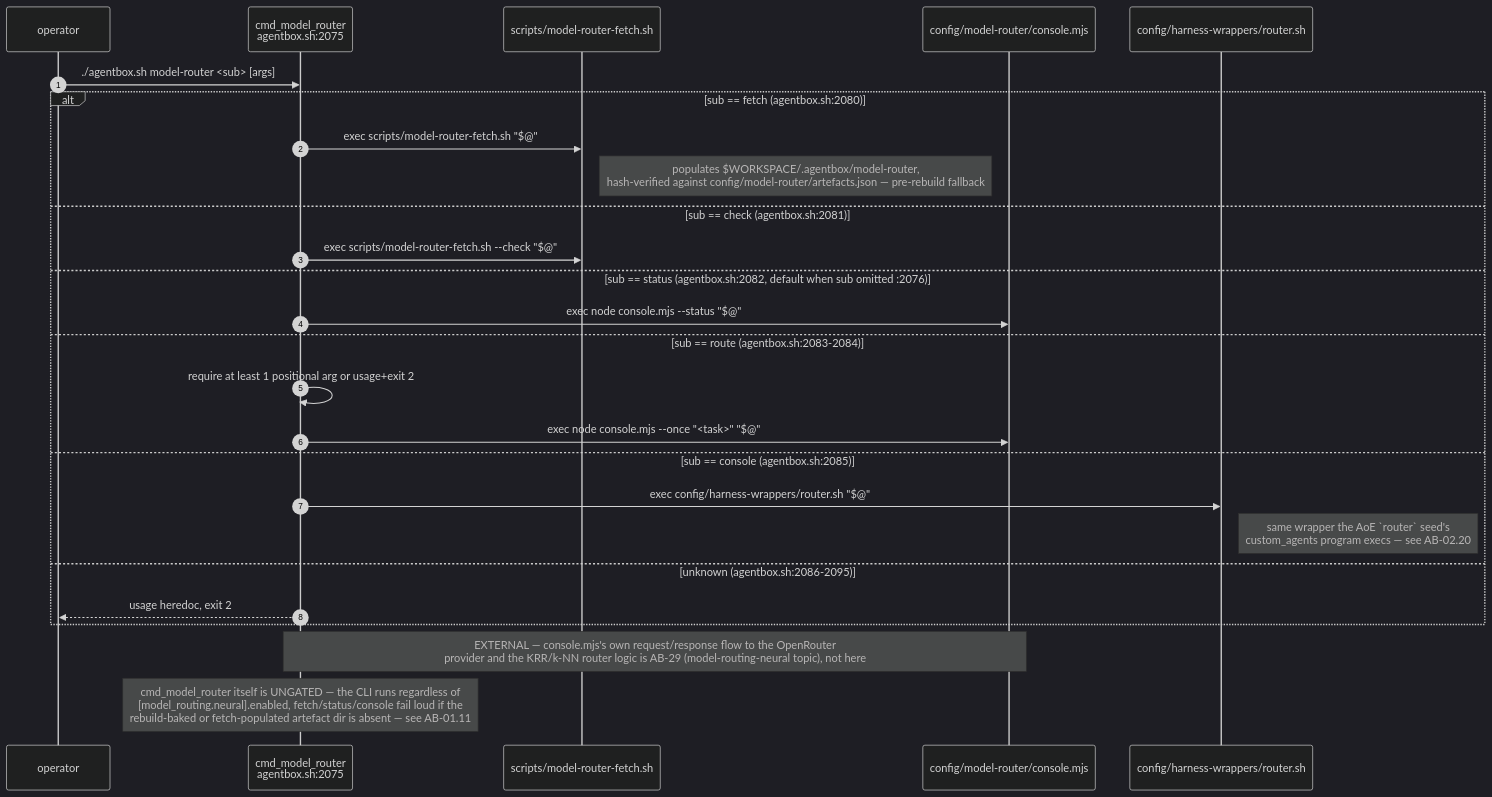
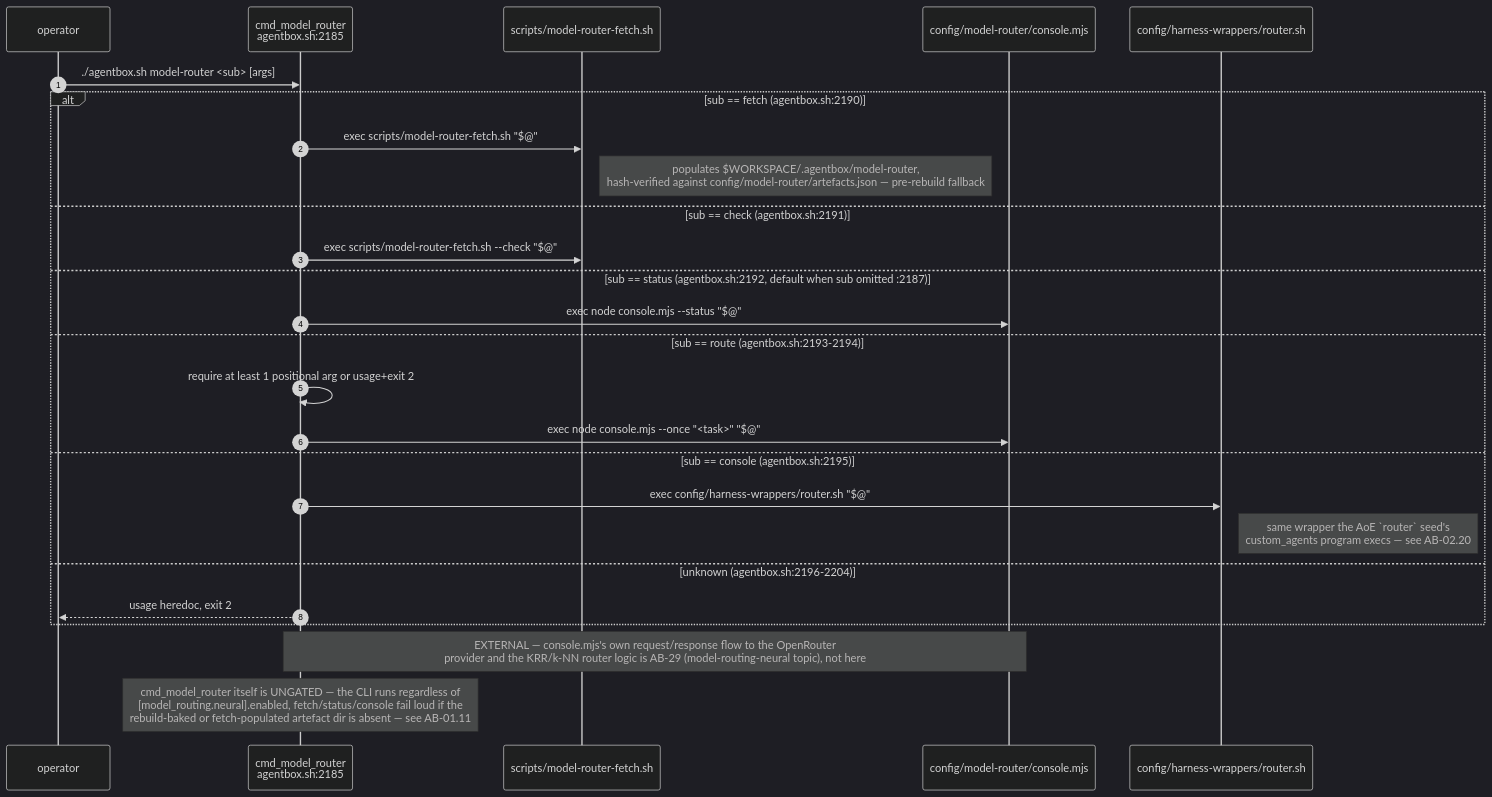
Before and after one commit to DreamLab-AI/VisionFlow: diagram 11 of 14 in docs/diagrams/agentbox/05-manifest-gates-and-cli.md, drawn with Mermaid (dark theme). The commit also changed other lines of this file and 136 other files, not shown here.

First line of the commit message:
docs(diagrams): refresh the whole corpus to code HEAD and prune low-value diagrams

````diff
--- a/docs/diagrams/agentbox/05-manifest-gates-and-cli.md
+++ b/docs/diagrams/agentbox/05-manifest-gates-and-cli.md
@@ -316,30 +327,30 @@
 ```mermaid
 sequenceDiagram
     autonumber
     participant OP as operator
-    participant AB as cmd_model_router<br/>agentbox.sh:2075
+    participant AB as cmd_model_router<br/>agentbox.sh:2185
     participant FETCH as scripts/model-router-fetch.sh
     participant CONSOLE as config/model-router/console.mjs
     participant WRAP as config/harness-wrappers/router.sh
 
     OP->>AB: ./agentbox.sh model-router <sub> [args]
-    alt sub == fetch (agentbox.sh:2080)
+    alt sub == fetch (agentbox.sh:2190)
         AB->>FETCH: exec scripts/model-router-fetch.sh "$@"
         Note right of FETCH: populates $WORKSPACE/.agentbox/model-router,<br/>hash-verified against config/model-router/artefacts.json — pre-rebuild fallback
-    else sub == check (agentbox.sh:2081)
+    else sub == check (agentbox.sh:2191)
         AB->>FETCH: exec scripts/model-router-fetch.sh --check "$@"
-    else sub == status (agentbox.sh:2082, default when sub omitted :2076)
+    else sub == status (agentbox.sh:2192, default when sub omitted :2187)
         AB->>CONSOLE: exec node console.mjs --status "$@"
-    else sub == route (agentbox.sh:2083-2084)
+    else sub == route (agentbox.sh:2193-2194)
         AB->>AB: require at least 1 positional arg or usage+exit 2
         AB->>CONSOLE: exec node console.mjs --once "<task>" "$@"
-    else sub == console (agentbox.sh:2085)
+    else sub == console (agentbox.sh:2195)
         AB->>WRAP: exec config/harness-wrappers/router.sh "$@"
         Note right of WRAP: same wrapper the AoE `router` seed's<br/>custom_agents program execs — see AB-02.20
-    else unknown (agentbox.sh:2086-2095)
+    else unknown (agentbox.sh:2196-2204)
         AB-->>OP: usage heredoc, exit 2
     end
 
     Note over AB,CONSOLE: EXTERNAL — console.mjs's own request/response flow to the OpenRouter<br/>provider and the KRR/k-NN router logic is AB-29 (model-routing-neural topic), not here
     Note over AB: cmd_model_router itself is UNGATED — the CLI runs regardless of<br/>[model_routing.neural].enabled, fetch/status/console fail loud if the<br/>rebuild-baked or fetch-populated artefact dir is absent — see AB-01.11
 ```
````
